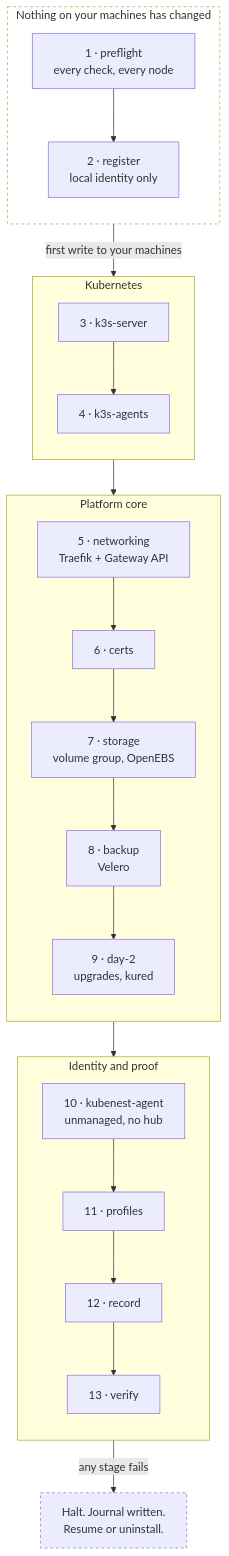
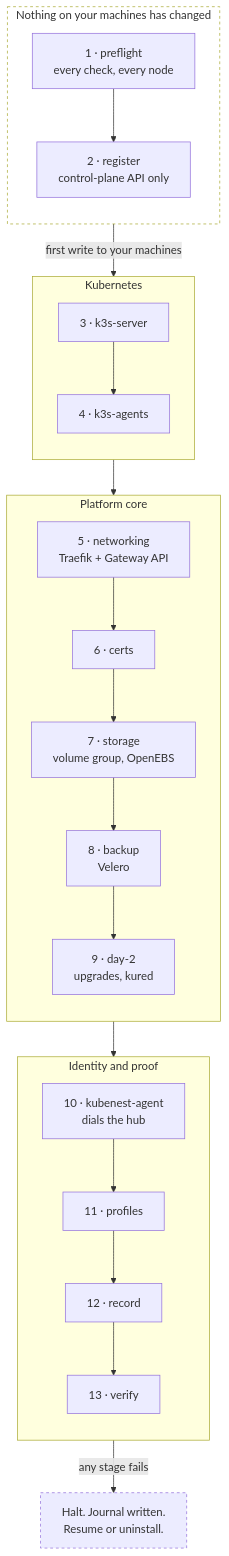
One commit to kubenesthq/docs changed the diagram in content/install.mdx. Above: the diagram before and after it, drawn with Mermaid. The commit also changed other lines of this file and 10 other files, not shown here.

````diff
--- a/content/install.mdx
+++ b/content/install.mdx
@@ -298,36 +355,36 @@
 ```mermaid
 flowchart TD
     subgraph safe ["Nothing on your machines has changed"]
         direction TB
         S1["1 · preflight<br/>every check, every node"]
-        S2["2 · register<br/>local identity only"]
+        S2["2 · register<br/>control-plane API only"]
         S1 --> S2
     end
 
     subgraph k8s ["Kubernetes"]
         direction TB
         S3["3 · k3s-server"] --> S4["4 · k3s-agents"]
     end
 
     subgraph core ["Platform core"]
         direction TB
         S5["5 · networking<br/>Traefik + Gateway API"] --> S6["6 · certs"]
         S6 --> S7["7 · storage<br/>volume group, OpenEBS"]
         S7 --> S8["8 · backup<br/>Velero"] --> S9["9 · day-2<br/>upgrades, kured"]
     end
 
     subgraph fin ["Identity and proof"]
         direction TB
-        S10["10 · kubenest-agent<br/>unmanaged, no hub"] --> S11["11 · profiles"]
+        S10["10 · kubenest-agent<br/>dials the hub"] --> S11["11 · profiles"]
         S11 --> S12["12 · record"] --> S13["13 · verify"]
     end
 
     S2 -- "first write to your machines" --> S3
     S4 --> S5
     S9 --> S10
 
     S13 -- "any stage fails" --> STOP["Halt. Journal written.<br/>Resume or uninstall."]
 
     style safe fill:transparent,stroke-dasharray: 4 4
     style STOP stroke-dasharray: 4 4
 ```
````
